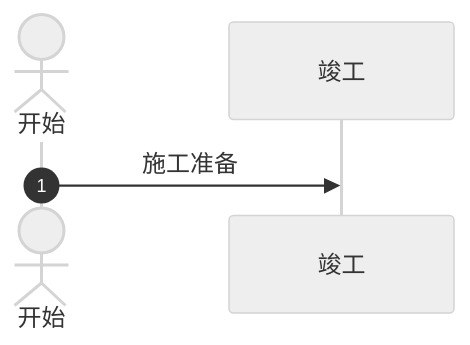
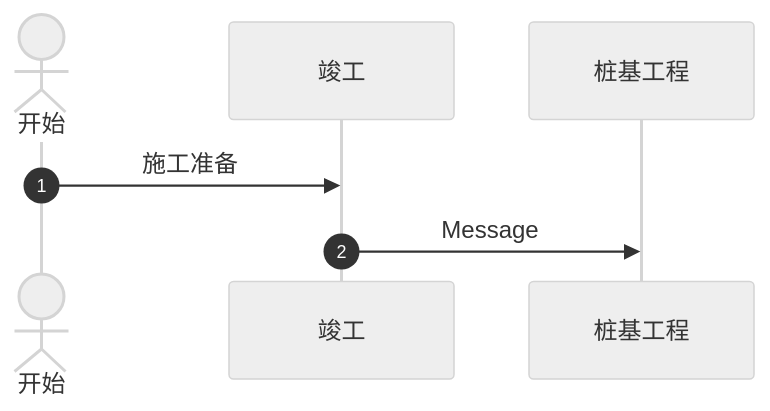
The diagram in mmd/未命名_3e05f5e8-ee37-4a32-bc18-8feb24821322.mmd (fireflysss/mermaid-notes), drawn with Mermaid (neutral theme) before and after one commit. The commit also changed 6 other files, not shown here.

Commit message:
Sync Mermaid Studio data (18 diagrams)

```diff
--- a/mmd/未命名_3e05f5e8-ee37-4a32-bc18-8feb24821322.mmd
+++ b/mmd/未命名_3e05f5e8-ee37-4a32-bc18-8feb24821322.mmd
@@ -1,5 +1,7 @@
 sequenceDiagram
   autonumber
   actor p0 as 开始
   participant p1 as 竣工
+  participant p2 as 桩基工程
   p0->>p1: 施工准备
+  p1->>p2: Message
```
